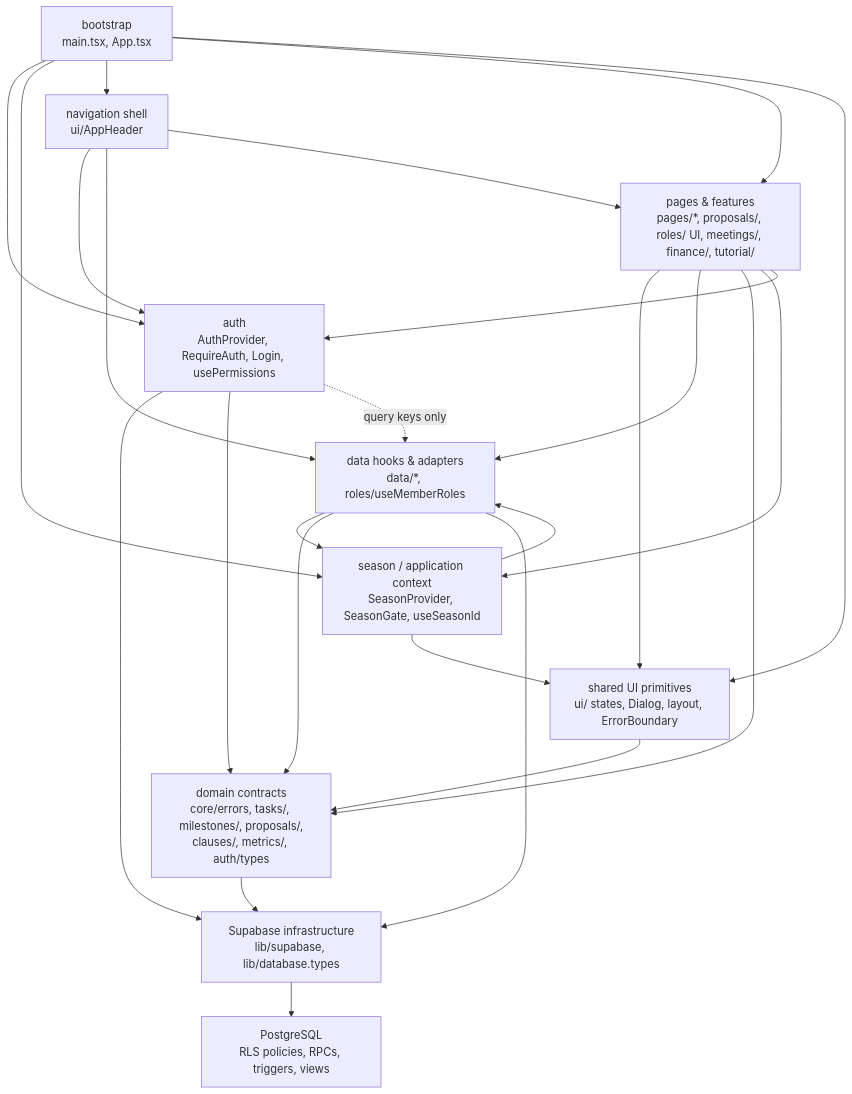
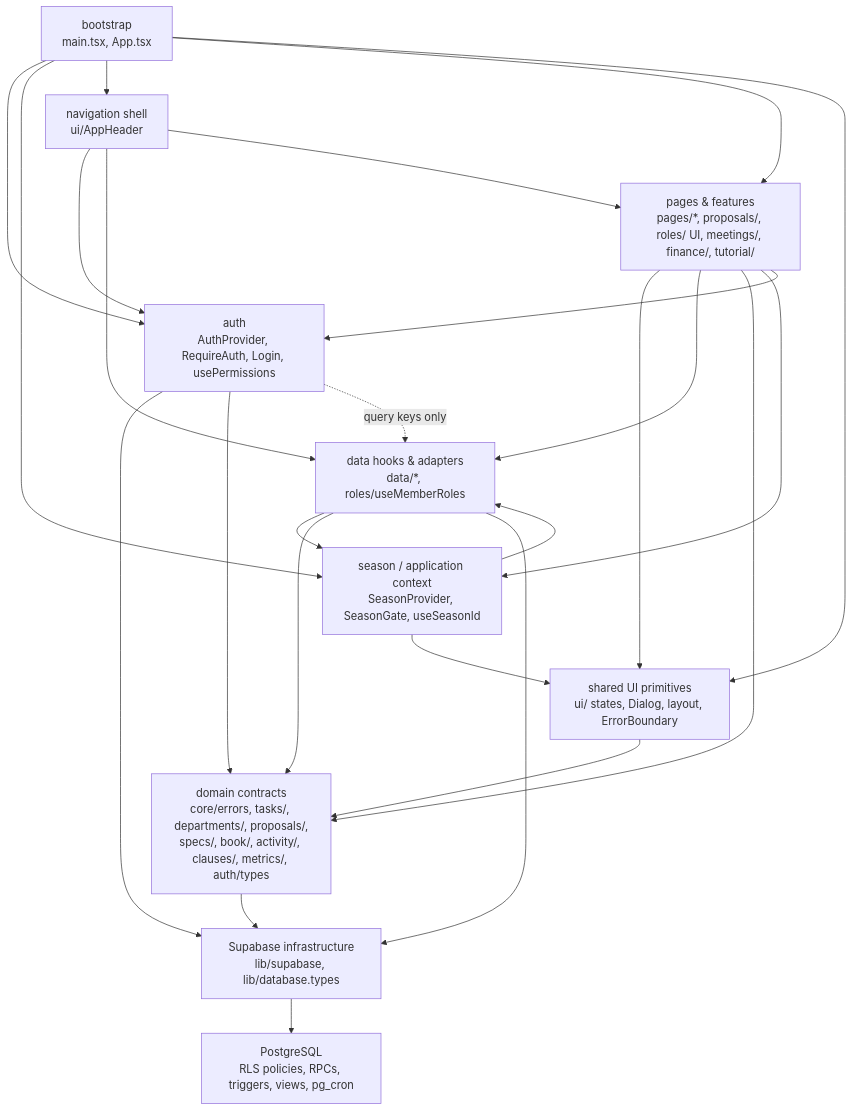
The diagram in docs/ARCHITECTURE.md (Bobike123/Reqon), drawn with Mermaid before and after one commit. The commit also changed other lines of this file and 277 other files, not shown here.

````diff
--- a/docs/ARCHITECTURE.md
+++ b/docs/ARCHITECTURE.md
@@ -9,38 +9,38 @@
 ```mermaid
 flowchart TD
   main["bootstrap<br/>main.tsx, App.tsx"]
   auth["auth<br/>AuthProvider, RequireAuth, Login, usePermissions"]
   season["season / application context<br/>SeasonProvider, SeasonGate, useSeasonId"]
   shell["navigation shell<br/>ui/AppHeader"]
   pages["pages & features<br/>pages/*, proposals/, roles/ UI, meetings/, finance/, tutorial/"]
   ui["shared UI primitives<br/>ui/ states, Dialog, layout, ErrorBoundary"]
-  domain["domain contracts<br/>core/errors, tasks/, milestones/, proposals/,<br/>clauses/, metrics/, auth/types"]
+  domain["domain contracts<br/>core/errors, tasks/, departments/, proposals/,<br/>specs/, book/, activity/, clauses/, metrics/, auth/types"]
   data["data hooks & adapters<br/>data/*, roles/useMemberRoles"]
   infra["Supabase infrastructure<br/>lib/supabase, lib/database.types"]
-  db["PostgreSQL<br/>RLS policies, RPCs, triggers, views"]
+  db["PostgreSQL<br/>RLS policies, RPCs, triggers, views, pg_cron"]
 
   main --> auth
   main --> season
   main --> shell
   main --> pages
   main --> ui
   shell --> auth
   shell --> data
   shell --> pages
   pages --> ui
   pages --> data
   pages --> domain
   pages --> season
   pages --> auth
   ui --> domain
   season --> data
   season --> ui
   auth --> infra
   auth --> domain
   auth -. "query keys only" .-> data
   data --> season
   data --> domain
   data --> infra
   domain --> infra
   infra --> db
 ```
````
